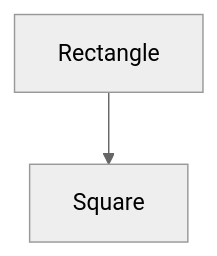
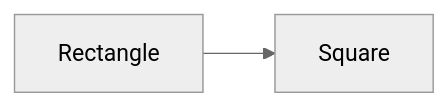
Before and after one commit to MyungSeok/Gitbook: the diagram in book/03.-back-end/01.-java/01.-general/solid/lsp.md, drawn with Mermaid (neutral theme). The commit also changed other lines of this file and 6 other files, not shown here.

````diff
--- a/book/03.-back-end/01.-java/01.-general/solid/lsp.md
+++ b/book/03.-back-end/01.-java/01.-general/solid/lsp.md
@@ -15,4 +15,4 @@
 ```mermaid
-graph TD
+graph LR
   A["Rectangle"] --> B["Square"]
 ```
````
